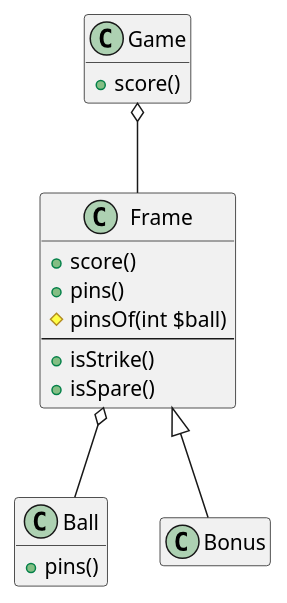
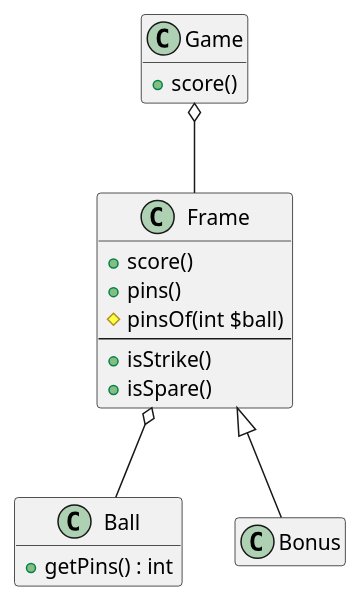
One commit to yokenzan/tdd_excercise.bowling_game changed the diagram in doc/class_diagram.pu. Above: the diagram before and after it, drawn with PlantUML. The commit also changed 2 other files, not shown here.

```diff
--- a/doc/class_diagram.pu
+++ b/doc/class_diagram.pu
@@ -1,33 +1,33 @@
 @startuml
 
 hide empty members
 skinparam shadowing    false
 skinparam packageStyle rect
 
 
 class "Game" as game {
     +score()
 }
 
 class "Frame" as frame {
     +score()
     +pins()
     #pinsOf(int $ball)
     --
     +isStrike()
     +isSpare()
 }
 
 class "Ball" as ball {
-    +pins()
+    +getPins() : int
 }
 
 class "Bonus" as bonus {
 }
 
 game  o--  frame
 frame <|-- bonus
 frame o--  ball
 
 
 @enduml
```
